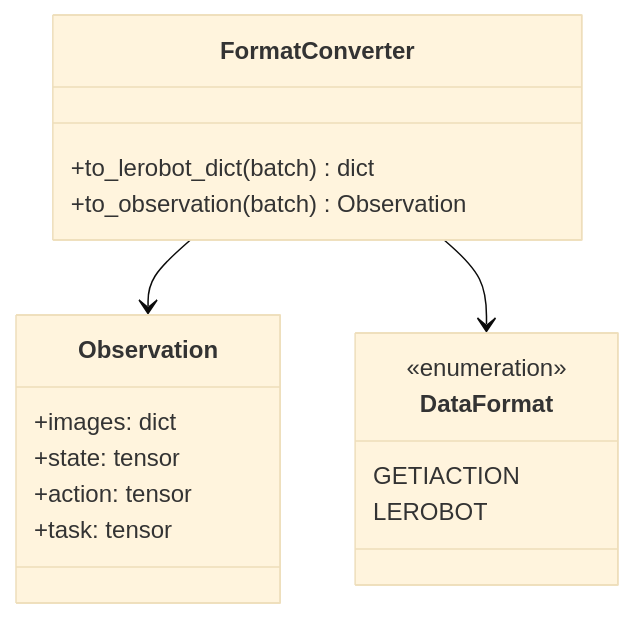
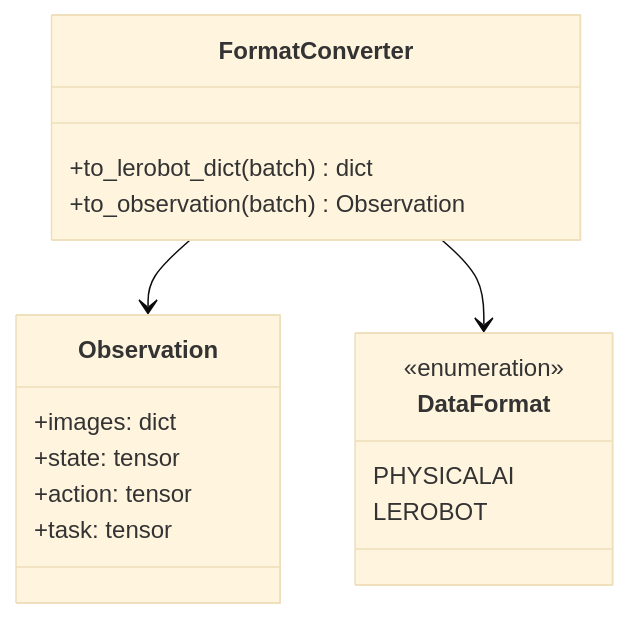
The first of 3 diagrams in library/docs/explanation/data/lerobot.md (open-edge-platform/physical-ai-studio), drawn with Mermaid (base theme) before and after one commit. The commit also changed other lines of this file and 300 other files, not shown here.

Commit message:
feat: rename getiaction to physicalai

````diff
--- a/library/docs/explanation/data/lerobot.md
+++ b/library/docs/explanation/data/lerobot.md
@@ -54,23 +54,23 @@
 ```mermaid
 classDiagram
     class Observation {
         +images: dict
         +state: tensor
         +action: tensor
         +task: tensor
     }
 
     class FormatConverter {
         +to_lerobot_dict(batch) dict
         +to_observation(batch) Observation
     }
 
     class DataFormat {
         <<enumeration>>
-        GETIACTION
+        PHYSICALAI
         LEROBOT
     }
 
     FormatConverter --> Observation
     FormatConverter --> DataFormat
 ```
````
